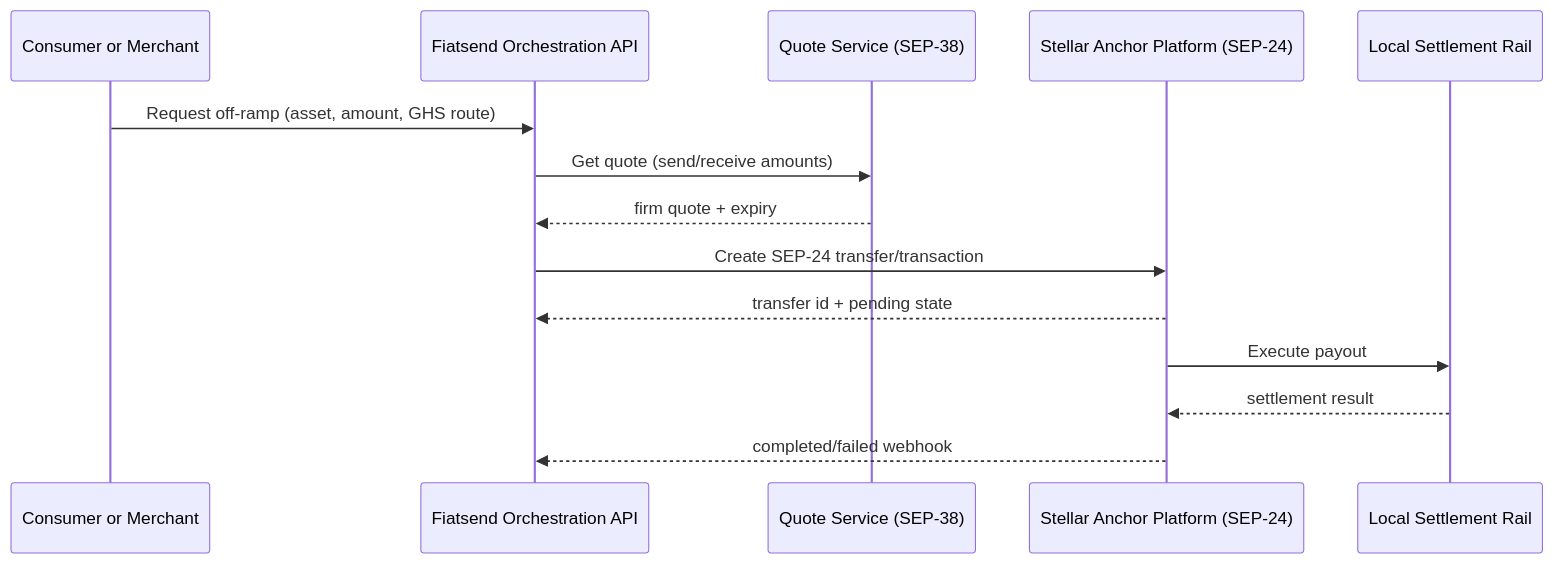
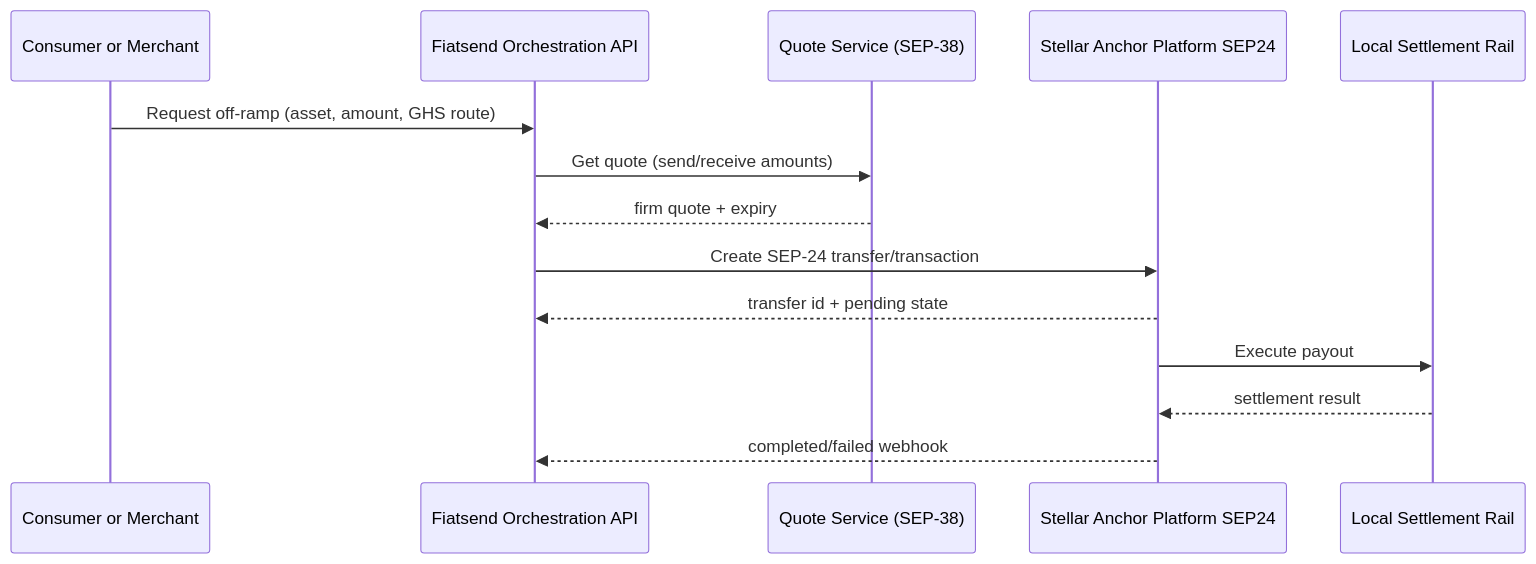
Before and after one commit to fiatsend/techical-achitecture: the second of 15 diagrams in tech-achictecture-revision.md, drawn with Mermaid. The commit also changed other lines of this file, not shown here.

````diff
--- a/tech-achictecture-revision.md
+++ b/tech-achictecture-revision.md
@@ -120,17 +120,17 @@
 ```mermaid
 sequenceDiagram
     participant User as Consumer or Merchant
     participant API as Fiatsend Orchestration API
     participant SEP38 as Quote Service (SEP-38)
-    participant Anchor as Stellar Anchor Platform (SEP-24)
+    participant Anchor as Stellar Anchor Platform SEP24
     participant Rail as Local Settlement Rail
 
     User->>API: Request off-ramp (asset, amount, GHS route)
     API->>SEP38: Get quote (send/receive amounts)
     SEP38-->>API: firm quote + expiry
     API->>Anchor: Create SEP-24 transfer/transaction
     Anchor-->>API: transfer id + pending state
     Anchor->>Rail: Execute payout
     Rail-->>Anchor: settlement result
     Anchor-->>API: completed/failed webhook
 ```
````
